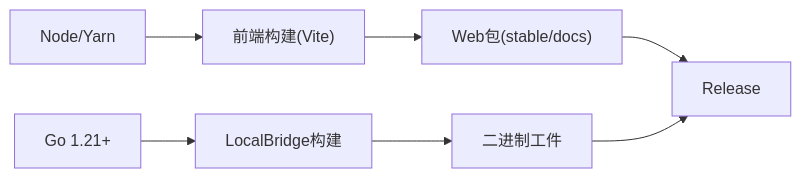
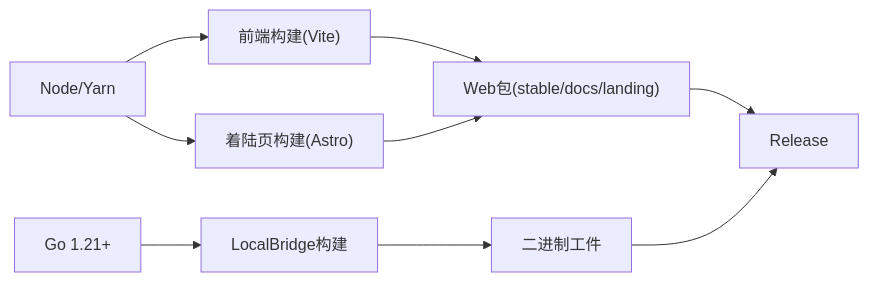
The eighth of 8 diagrams in .qoder/repowiki/zh/content/开发者指南/部署与发布/CI_CD流水线配置.md (kqcoxn/MaaPipelineEditor), drawn with Mermaid before and after one commit. The commit also changed other lines of this file and 8 other files, not shown here.

````diff
--- a/.qoder/repowiki/zh/content/开发者指南/部署与发布/CI_CD流水线配置.md
+++ b/.qoder/repowiki/zh/content/开发者指南/部署与发布/CI_CD流水线配置.md
@@ -297,9 +343,11 @@
 ```mermaid
 graph LR
 Node["Node/Yarn"] --> FE["前端构建(Vite)"]
 Go["Go 1.21+"] --> LB["LocalBridge构建"]
-FE --> WEB["Web包(stable/docs)"]
+Node --> LANDING["着陆页构建(Astro)"]
+FE --> WEB["Web包(stable/docs/landing)"]
 LB --> ART["二进制工件"]
+LANDING --> WEB
 WEB --> REL["Release"]
 ART --> REL
 ```
````
